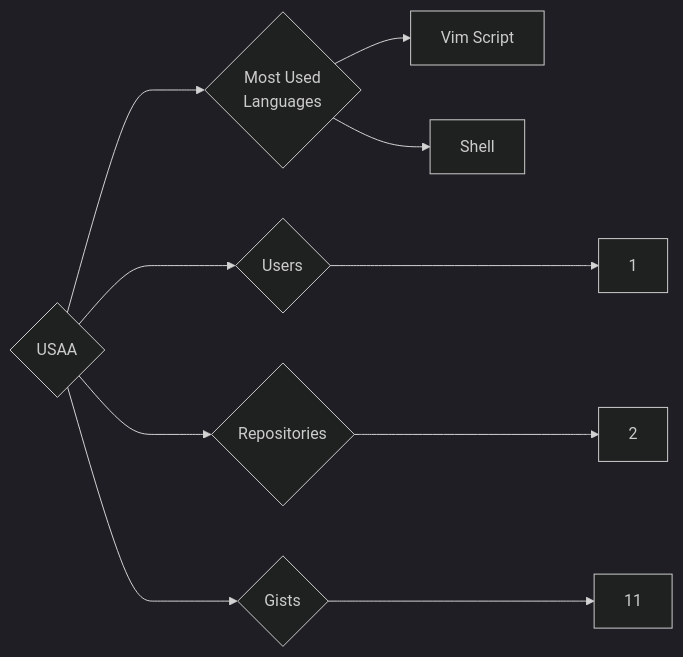
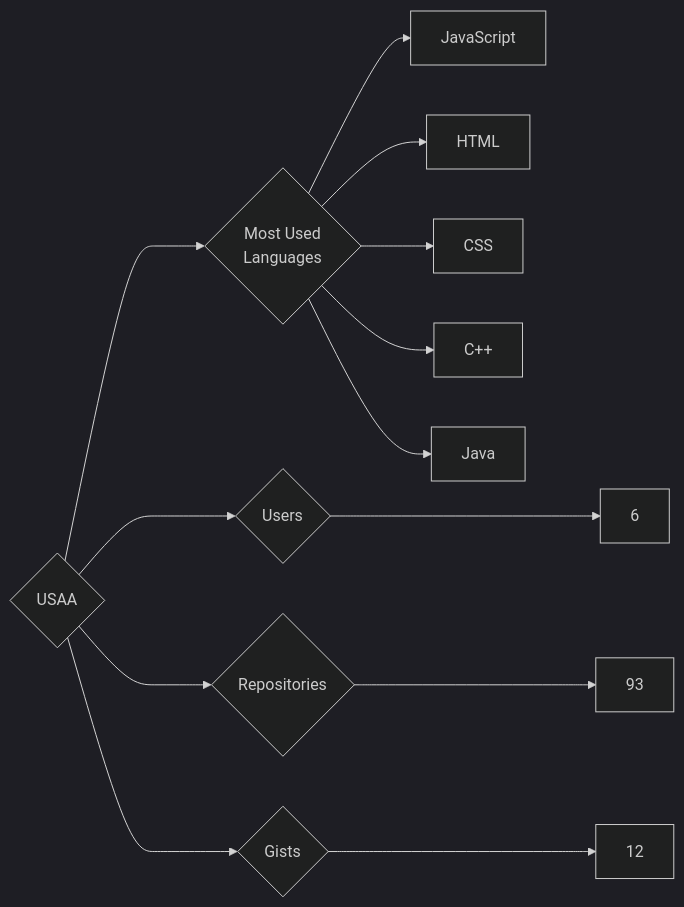
Before and after one commit to trickest/insiders: the diagram in targets/USAA/README.md, drawn with Mermaid (dark theme). The commit also changed 797 other files, not shown here.

````diff
--- a/targets/USAA/README.md
+++ b/targets/USAA/README.md
@@ -3,10 +3,13 @@
 ```mermaid
 graph LR
 COMPANY_NAME{USAA}
-COMPANY_NAME ---> U{Users} ---> UN[1]
-COMPANY_NAME ---> R{Repositories} ---> RN[2]
-COMPANY_NAME ---> G{Gists} ---> GN[11]
+COMPANY_NAME ---> U{Users} ---> UN[6]
+COMPANY_NAME ---> R{Repositories} ---> RN[93]
+COMPANY_NAME ---> G{Gists} ---> GN[12]
 COMPANY_NAME ---> ML{Most Used<br>Languages}
-ML --> Vim_Script[Vim Script]
-ML --> Shell[Shell]
+ML --> JavaScript[JavaScript]
+ML --> HTML[HTML]
+ML --> CSS[CSS]
+ML --> C++[C++]
+ML --> Java[Java]
 ```
````
